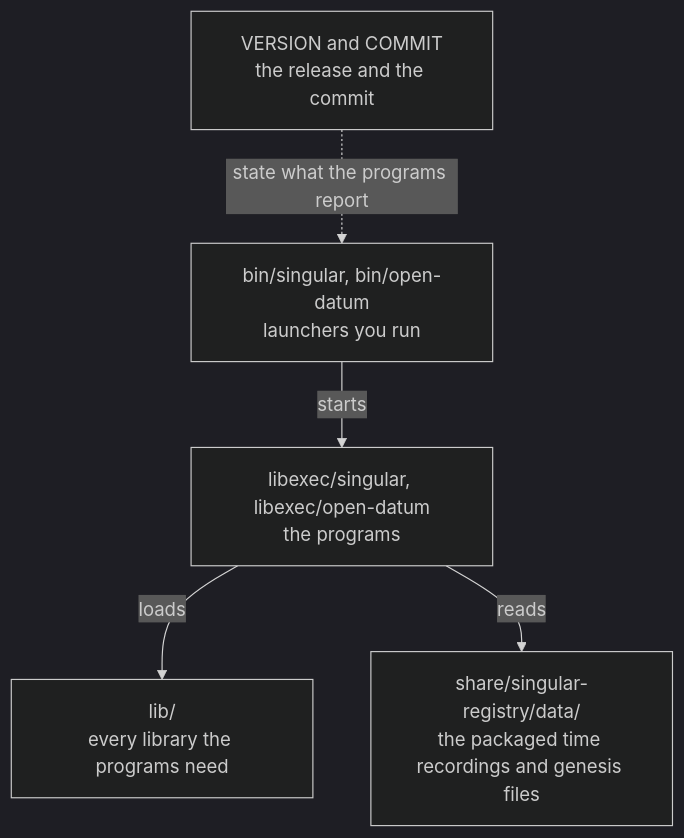
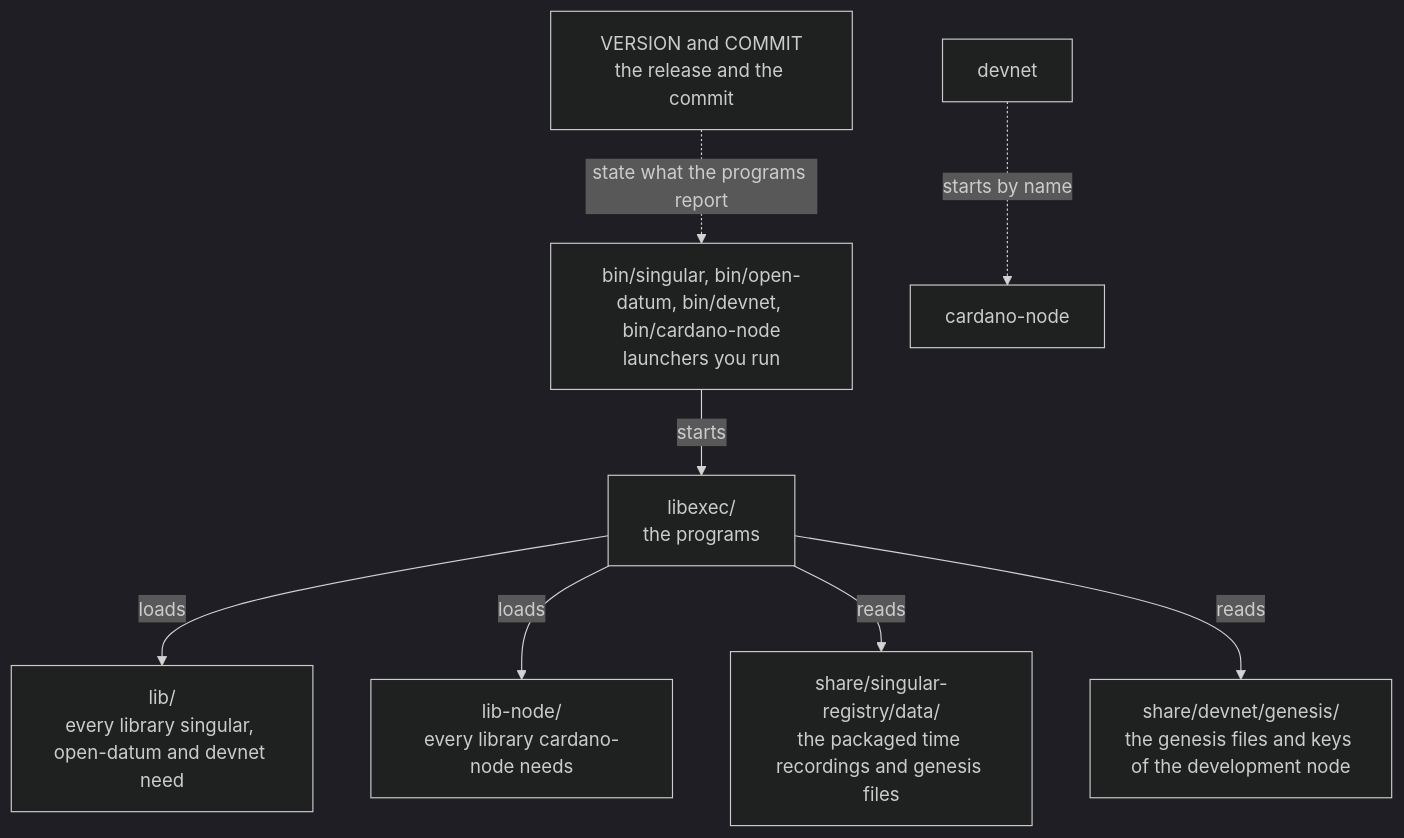
The second of 3 diagrams in docs/install.md (lambdasistemi/singular), drawn with Mermaid (dark theme) before and after one commit. The commit also changed other lines of this file and 23 other files, not shown here.

````diff
--- a/docs/install.md
+++ b/docs/install.md
@@ -110,7 +184,10 @@
 ```mermaid
 flowchart TD
-    B["bin/singular, bin/open-datum<br/>launchers you run"] -->|starts| L["libexec/singular, libexec/open-datum<br/>the programs"]
-    L -->|loads| Q["lib/<br/>every library the programs need"]
+    B["bin/singular, bin/open-datum, bin/devnet, bin/cardano-node<br/>launchers you run"] -->|starts| L["libexec/<br/>the programs"]
+    L -->|loads| Q["lib/<br/>every library singular, open-datum and devnet need"]
+    L -->|loads| N["lib-node/<br/>every library cardano-node needs"]
     L -->|reads| D["share/singular-registry/data/<br/>the packaged time recordings and genesis files"]
+    L -->|reads| G["share/devnet/genesis/<br/>the genesis files and keys of the development node"]
+    V["devnet"] -.->|starts by name| C["cardano-node"]
     I["VERSION and COMMIT<br/>the release and the commit"] -.->|state what the programs report| B
 ```
````
